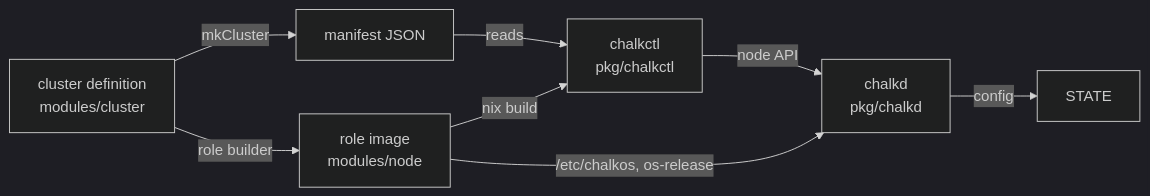
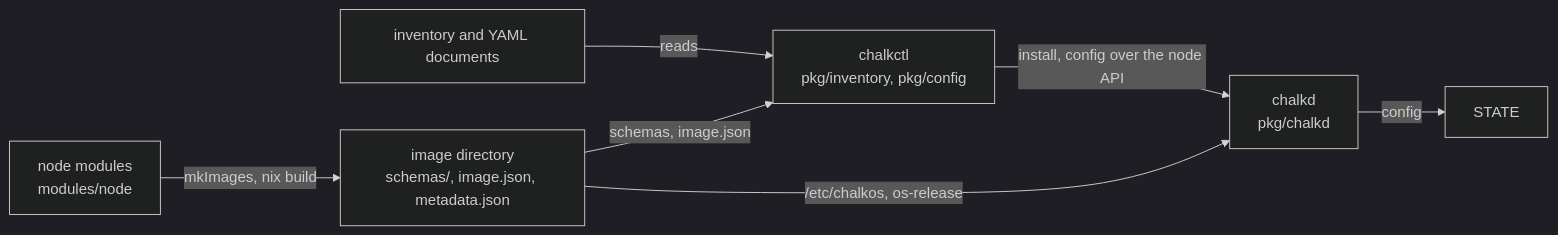
Before and after one commit to trevex/chalkos: the diagram in docs/contributing/architecture.md, drawn with Mermaid (dark theme). The commit also changed other lines of this file, not shown here.

Commit message:
docs(contributing): describe how images and YAML meet in Go

````diff
--- a/docs/contributing/architecture.md
+++ b/docs/contributing/architecture.md
@@ -42,10 +46,9 @@
 ```mermaid
 flowchart LR
-    def["cluster definition<br/>modules/cluster"] -->|mkCluster| manifest["manifest JSON"]
-    def -->|role builder| image["role image<br/>modules/node"]
-    manifest -->|reads| chalkctl["chalkctl<br/>pkg/chalkctl"]
-    image -->|nix build| chalkctl
-    chalkctl -->|node API| chalkd["chalkd<br/>pkg/chalkd"]
+    modules["node modules<br/>modules/node"] -->|mkImages, nix build| image["image directory<br/>schemas/, image.json, metadata.json"]
+    yaml["inventory and YAML documents"] -->|reads| chalkctl["chalkctl<br/>pkg/inventory, pkg/config"]
+    image -->|schemas, image.json| chalkctl
+    chalkctl -->|install, config over the node API| chalkd["chalkd<br/>pkg/chalkd"]
     image -->|/etc/chalkos, os-release| chalkd
     chalkd -->|config| state["STATE"]
 ```
````
